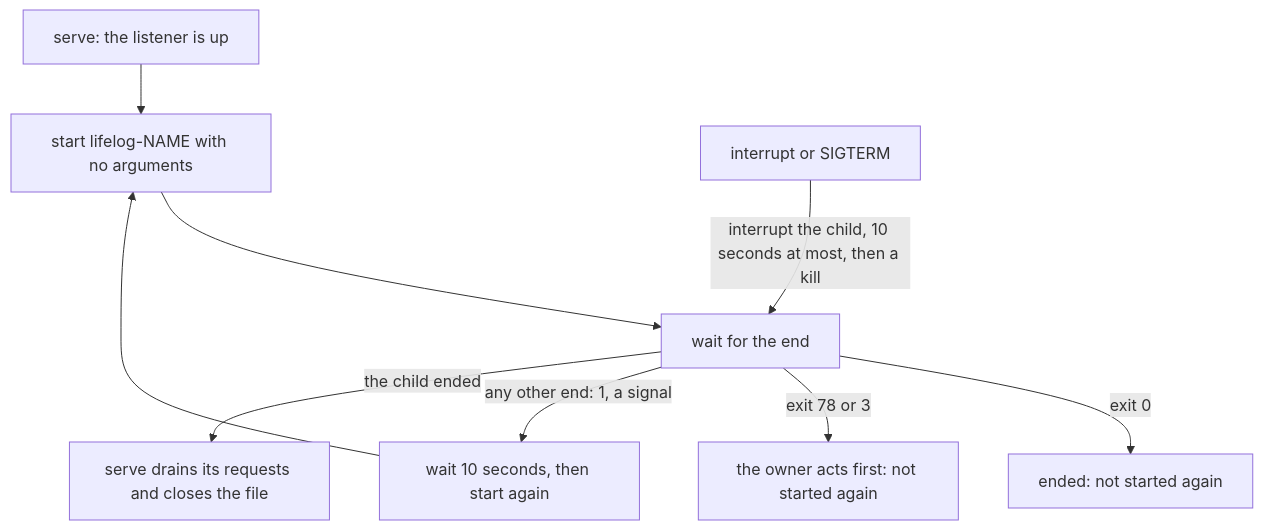
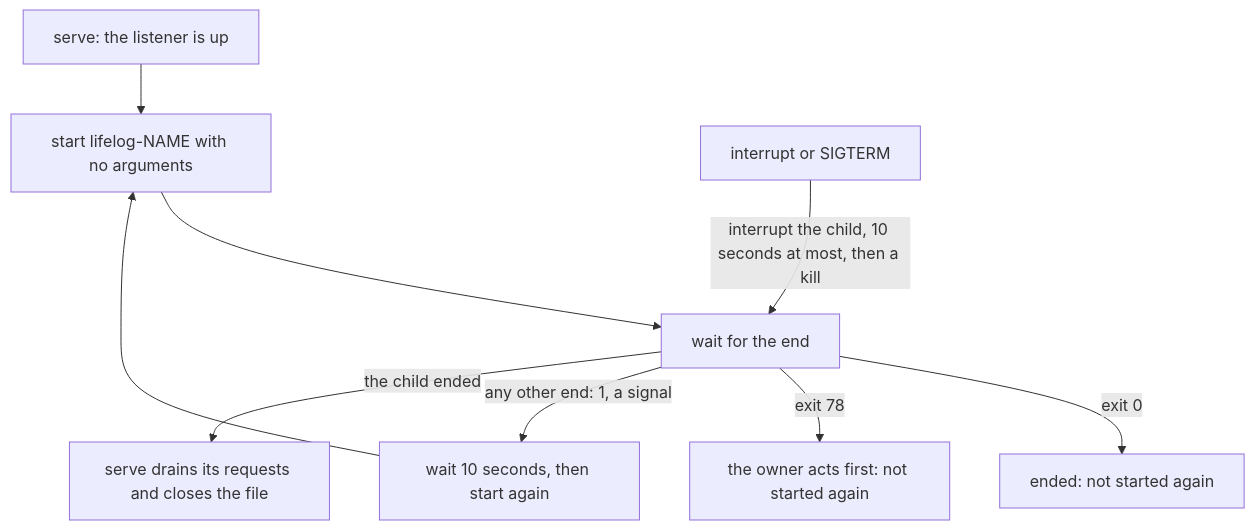
Before and after one commit to alexradunet/aminte: the second of 6 diagrams in extensions/README.md, drawn with Mermaid. The commit also changed other lines of this file and 32 other files, not shown here.

````diff
--- a/extensions/README.md
+++ b/extensions/README.md
@@ -79,11 +79,11 @@
 ```mermaid
 flowchart TD
   S["serve: the listener is up"] --> A["start lifelog-NAME with no arguments"]
   A --> W["wait for the end"]
   W -->|"exit 0"| E0["ended: not started again"]
-  W -->|"exit 78 or 3"| E2["the owner acts first: not started again"]
+  W -->|"exit 78"| E2["the owner acts first: not started again"]
   W -->|"any other end: 1, a signal"| R["wait 10 seconds, then start again"]
   R --> A
   T["interrupt or SIGTERM"] -->|"interrupt the child, 10 seconds at most, then a kill"| W
   W -->|"the child ended"| D["serve drains its requests and closes the file"]
 ```
````
